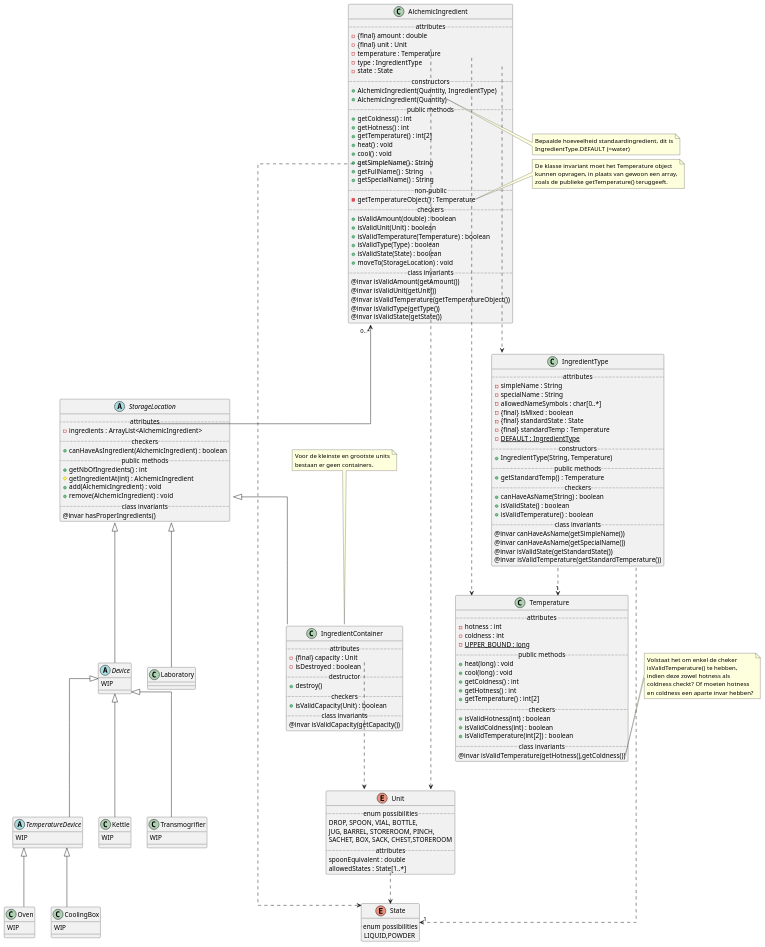
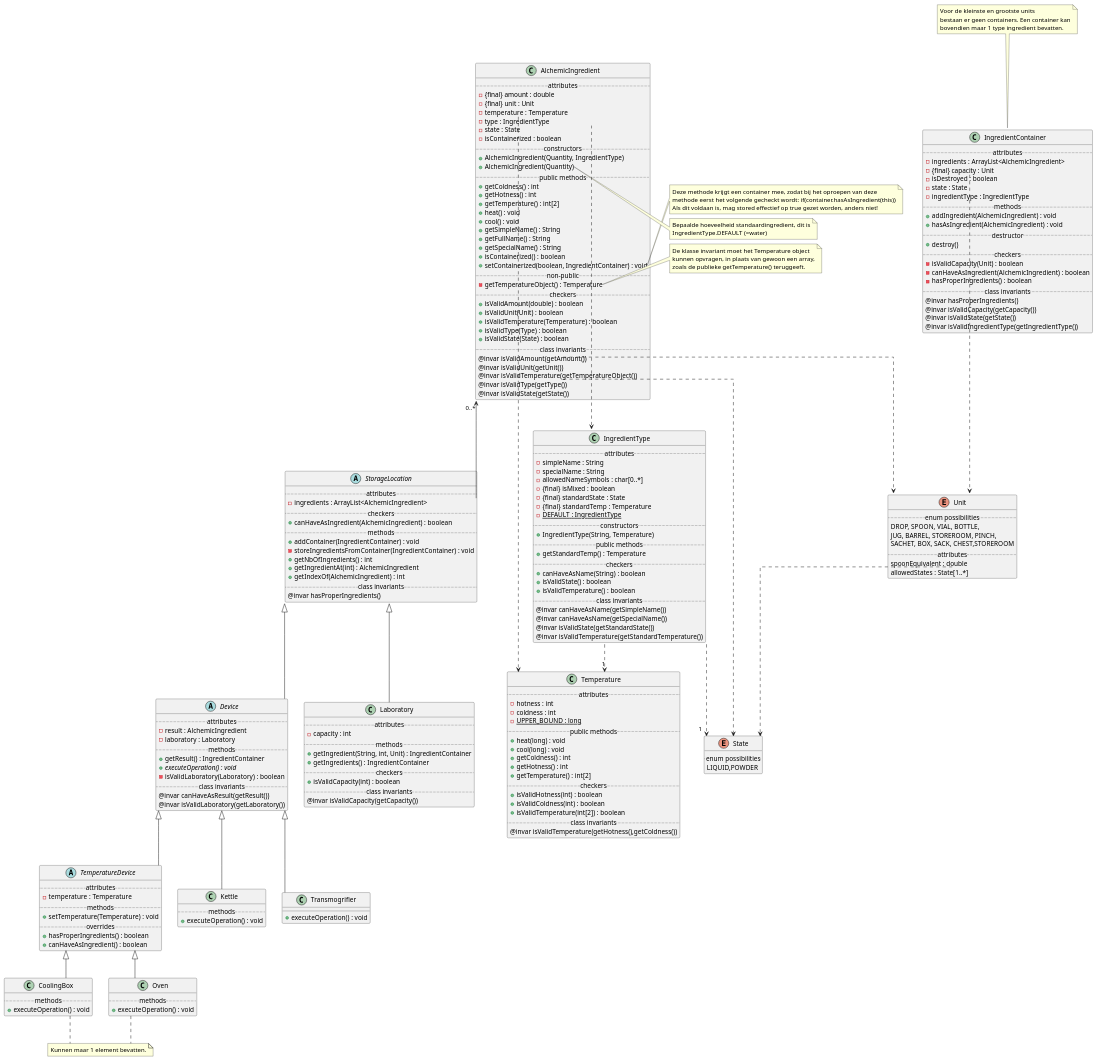
One commit to vanschependom/KULAK_ogp-examenproject changed the diagram in class-diagram/vincent.puml. Above: the diagram before and after it, drawn with PlantUML.

Commit message:
Alles tot receptuur is helemaal afgewerkt!

```diff
--- a/class-diagram/vincent.puml
+++ b/class-diagram/vincent.puml
@@ -9,6 +9,7 @@
 - temperature : Temperature
 - type : IngredientType
 - state : State
+- isContainerized : boolean
 ..constructors..
 + AlchemicIngredient(Quantity, IngredientType)
 + AlchemicIngredient(Quantity)
@@ -21,6 +22,8 @@
 + getSimpleName() : String
 + getFullName() : String
 + getSpecialName() : String
++ isContainerized() : boolean
++ setContainerized(boolean, IngredientContainer) : void
 ..non-public..
 - getTemperatureObject() : Temperature
 ..checkers..
@@ -29,7 +32,6 @@
 + isValidTemperature(Temperature) : boolean
 + isValidType(Type) : boolean
 + isValidState(State) : boolean
-+ moveTo(StorageLocation) : void
 ..class invariants..
 @invar isValidAmount(getAmount())
 @invar isValidUnit(getUnit())
@@ -37,6 +39,12 @@
 @invar isValidType(getType())
 @invar isValidState(getState())
 }
+
+note right of AlchemicIngredient::setContainerized
+    Deze methode krijgt een container mee, zodat bij het oproepen van deze
+    methode eerst het volgende gecheckt wordt: if(container.hasAsIngredient(this))
+    Als dit voldaan is, mag stored effectief op true gezet worden, anders niet!
+end note
 
 note right of AlchemicIngredient::AlchemicIngredient(Quantity)
     Bepaalde hoeveelheid standaardingredient, dit is
@@ -126,99 +134,114 @@
 @invar isValidTemperature(getHotness(),getColdness())
 }
 
-note right of Temperature::@
-    Volstaat het om enkel de cheker
-    isValidTemperature() te hebben,
-    indien deze zowel hotness als
-    coldness checkt? Of moeten hotness
-    en coldness een aparte invar hebben?
-end note
-
 abstract class StorageLocation {
 ..attributes..
 - ingredients : ArrayList<AlchemicIngredient>
 ..checkers..
 + canHaveAsIngredient(AlchemicIngredient) : boolean
-..public methods..
+..methods..
++ addContainer(IngredientContainer) : void
+- storeIngredientsFromContainer(IngredientContainer) : void
 + getNbOfIngredients() : int
-# getIngredientAt(int) : AlchemicIngredient
-+ add(AlchemicIngredient) : void
-+ remove(AlchemicIngredient) : void
++ getIngredientAt(int) : AlchemicIngredient
++ getIndexOf(AlchemicIngredient) : int
 ..class invariants..
 @invar hasProperIngredients()
 }
 
-class IngredientContainer extends StorageLocation {
+class IngredientContainer {
 ..attributes..
+- ingredients : ArrayList<AlchemicIngredient>
 - {final} capacity : Unit
 - isDestroyed : boolean
+- state : State
+- ingredientType : IngredientType
+..methods..
++ addIngredient(AlchemicIngredient) : void
++ hasAsIngredient(AlchemicIngredient) : void
 ..destructor..
 + destroy()
 ..checkers..
-+ isValidCapacity(Unit) : boolean
+- isValidCapacity(Unit) : boolean
+- canHaveAsIngredient(AlchemicIngredient) : boolean
+- hasProperIngredients() : boolean
 ..class invariants..
+@invar hasProperIngredients()
 @invar isValidCapacity(getCapacity())
+@invar isValidState(getState())
+@invar isValidIngredientType(getIngredientType())
 }
 
 IngredientContainer::capacity ..> Unit
 
 note top of IngredientContainer
     Voor de kleinste en grootste units
-    bestaan er geen containers.
+    bestaan er geen containers. Een container kan
+    bovendien maar 1 type ingredient bevatten.
 end note
 
 abstract class Device extends StorageLocation {
-WIP
-'- ingredients : IngredientContainer
-'- result : AlchemicIngredient
-'- laboratory : Laboratory
-'+ {abstract} addIngredients(IngredientContainer) : void
-'+ {static} getResult() : IngredientContainer
-'+ {abstract} executeOperation() : void
+..attributes..
+- result : AlchemicIngredient
+- laboratory : Laboratory
+..methods..
++ getResult() : IngredientContainer
++ {abstract} executeOperation() : void
+- isValidLaboratory(Laboratory) : boolean
+..class invariants..
+@invar canHaveAsResult(getResult())
+@invar isValidLaboratory(getLaboratory())
 }
 '
 abstract class TemperatureDevice extends Device {
-WIP
-'- temperature : rpg.Temperature
-'+ setTemperature(rpg.Temperature) : void
-'+ addIngredients(IngredientContainer) : void
+..attributes..
+- temperature : Temperature
+..methods..
++ setTemperature(Temperature) : void
+..overrides..
++ hasProperIngredients() : boolean
++ canHaveAsIngredient() : boolean
 }
 '
 class CoolingBox extends TemperatureDevice {
-WIP
-'+ executeOperation() : void
+..methods..
++ executeOperation() : void
 }
 '
-'note "Kunnen maar 1 element bevatten." as N2
-'CoolingBox .. N2
-'Oven .. N2
-'
+note "Kunnen maar 1 element bevatten." as N2
+CoolingBox .. N2
+Oven .. N2
+
 class Oven extends TemperatureDevice {
-WIP
-'+ executeOperation() : void
+..methods..
++ executeOperation() : void
 }
 '
 class Kettle extends Device {
-WIP
-'+ addIngredients(IngredientContainer) : void
-'+ executeOperation() : void
+..methods..
++ executeOperation() : void
 }
 '
 class Transmogrifier extends Device {
-WIP
-'+ executeOperation() : void
++ executeOperation() : void
 }
 
 '
 class Laboratory extends StorageLocation {
-'- capacity : int
+..attributes..
+- capacity : int
 '- ingredients : ArrayList<AlchemicIngredient>
 '- devices : ArrayList<Device>
 '+ storeIngredient(IngredientContainer) : void
-'+ obtainIngredient(String, rpg.Quantity) : IngredientContainer
-'+ obtainIngredient(String) : IngredientContainer
+..methods..
++ getIngredient(String, int, Unit) : IngredientContainer
++ getIngredients() : IngredientContainer
+..checkers..
++ isValidCapacity(int) : boolean
 '+ getOverview() : String
 '+ {abstract} execute(Recipe, int) : void
+..class invariants..
+@invar isValidCapacity(getCapacity())
 }
 '
 'Laboratory --> "0..*" AlchemicIngredient
```
